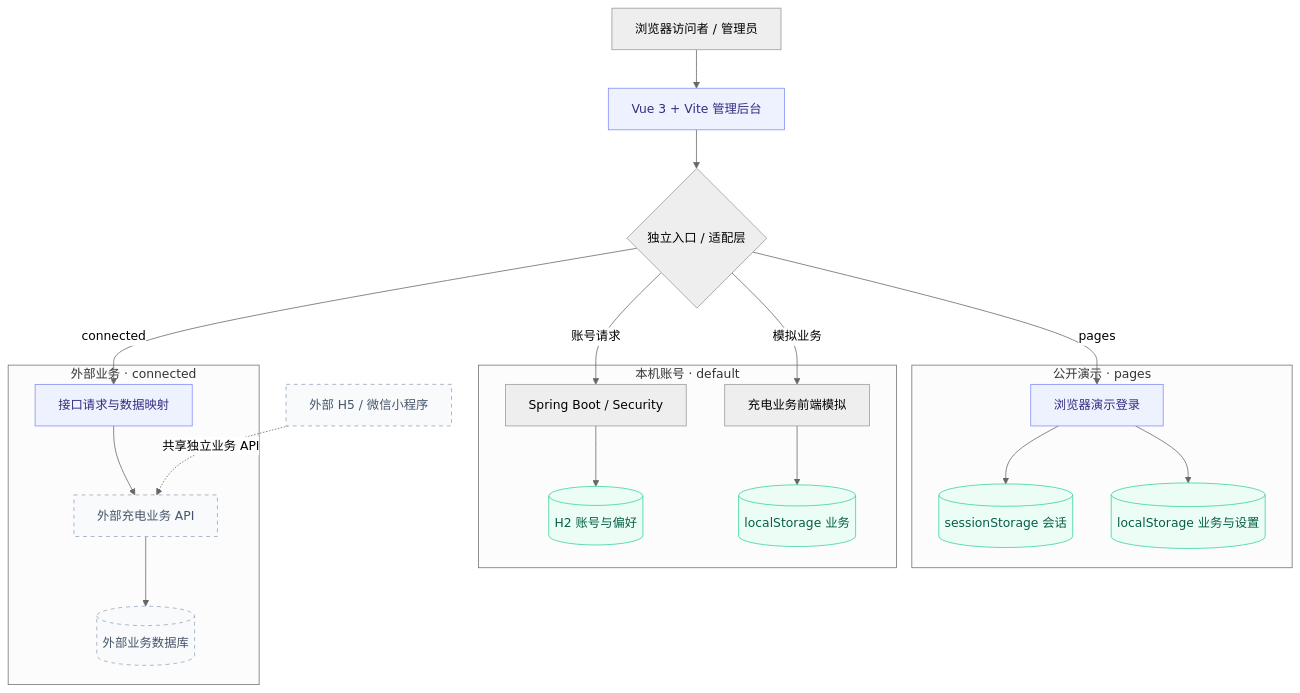
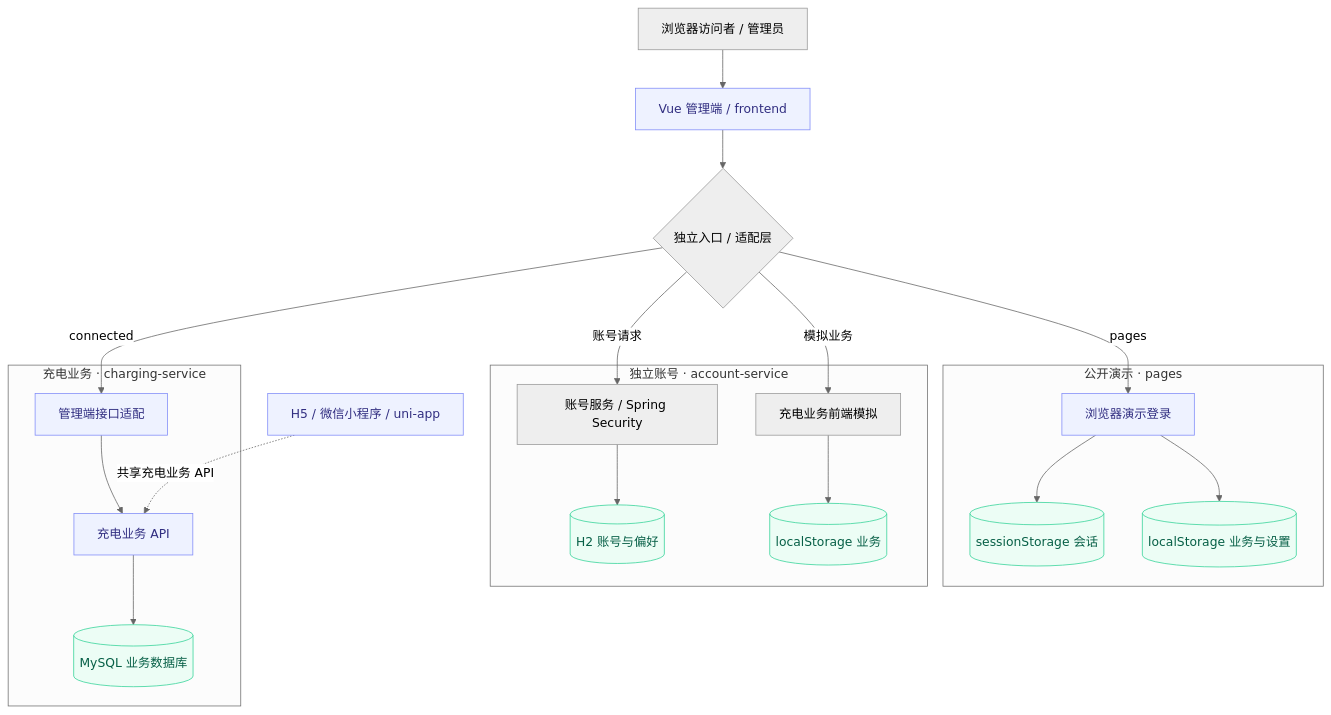
One commit to ifox-hu/campus-ebike-charging changed the diagram in docs/diagrams/architecture.mmd. Above: the diagram before and after it, drawn with Mermaid (neutral theme). The commit also changed 295 other files, not shown here.

Commit message:
refactor: organize admin backend and uni-app modules

```diff
--- a/docs/diagrams/architecture.mmd
+++ b/docs/diagrams/architecture.mmd
@@ -1,26 +1,26 @@
 flowchart TB
-  Visitor["浏览器访问者 / 管理员"] --> Front["Vue 3 + Vite 管理后台"]
+  Visitor["浏览器访问者 / 管理员"] --> Front["Vue 管理端 / frontend"]
   Front --> Mode{"独立入口 / 适配层"}
   subgraph Pages["公开演示 · pages"]
     Demo["浏览器演示登录"] --> Session[("sessionStorage 会话")]
     Demo --> Local[("localStorage 业务与设置")]
   end
-  subgraph Account["本机账号 · default"]
-    Auth["Spring Boot / Security"] --> H2[("H2 账号与偏好")]
+  subgraph Account["独立账号 · account-service"]
+    Auth["账号服务 / Spring Security"] --> H2[("H2 账号与偏好")]
     Sim["充电业务前端模拟"] --> BusinessStore[("localStorage 业务")]
   end
-  subgraph Connected["外部业务 · connected"]
-    Client["接口请求与数据映射"] --> API["外部充电业务 API"]
-    API --> Database[("外部业务数据库")]
+  subgraph Connected["充电业务 · charging-service"]
+    Client["管理端接口适配"] --> API["充电业务 API"]
+    API --> Database[("MySQL 业务数据库")]
   end
   Mode -->|pages| Demo
   Mode -->|账号请求| Auth
   Mode -->|模拟业务| Sim
   Mode -->|connected| Client
-  Mini["外部 H5 / 微信小程序"] -. "共享独立业务 API" .-> API
+  Mini["H5 / 微信小程序 / uni-app"] -. "共享充电业务 API" .-> API
   classDef frontend fill:#eef2ff,stroke:#818cf8,color:#312e81
   classDef data fill:#ecfdf5,stroke:#34d399,color:#065f46
-  classDef external fill:#f8fafc,stroke:#94a3b8,color:#475569,stroke-dasharray:5 5
   class Front,Demo,Client frontend
   class Local,Session,H2,BusinessStore data
-  class API,Database,Mini external
+  class API,Mini frontend
+  class Database data
```
